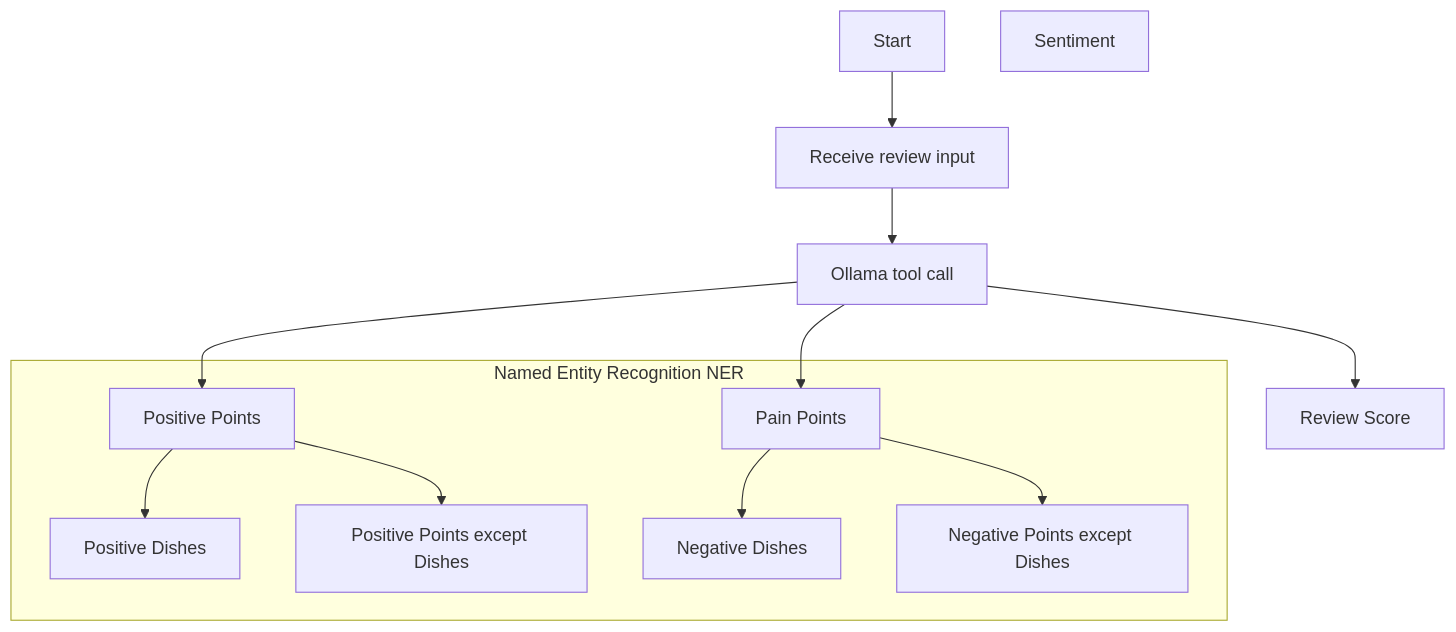
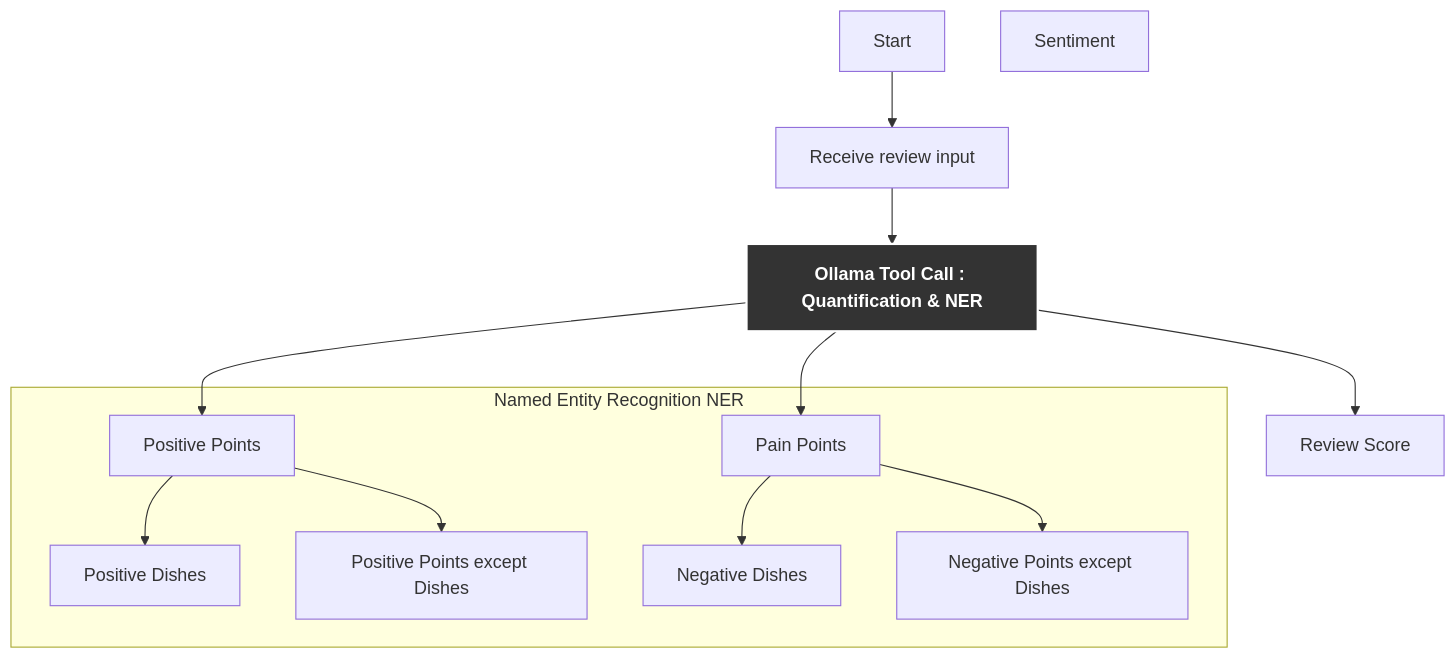
One commit to devanjanmishra/Canonicalization-via-Ollama-LLMs changed the diagram in Quantitative_Named_Entity_Recognition/README.md. Above: the diagram before and after it, drawn with Mermaid. The commit also changed 6 other files, not shown here.

````diff
--- a/Quantitative_Named_Entity_Recognition/README.md
+++ b/Quantitative_Named_Entity_Recognition/README.md
@@ -8,23 +8,28 @@
 ```mermaid
 flowchart TD
     A[Start] --> B[Receive review input]
-    B --> C[Ollama tool call]
+    B --> C[Ollama Tool Call : Quantification & NER]
     C --> D1[Review Score]
     C --> D2[Positive Points]
     C --> D3[Pain Points]
     D2 --> E21[Positive Dishes]
     D2 --> E22[Positive Points except Dishes]
     D3 --> E31[Negative Dishes]
     D3 --> E32[Negative Points except Dishes]
 
     %% Add dotted box
     subgraph Sentiment Analysis [ Named Entity Recognition NER]
         style Sentiment Analysis stroke-dasharray: 5
         D2
         D3
         E21
         E22
         E31
         E32
+    %% Apply class to important nodes
+    class C, highlight;
+
+    %% Define highlight class with dark grey background and white text
+    classDef highlight fill:#333,stroke:#fff,stroke-width:2px,color:#fff,font-weight:bold;
     end
 ```
````
